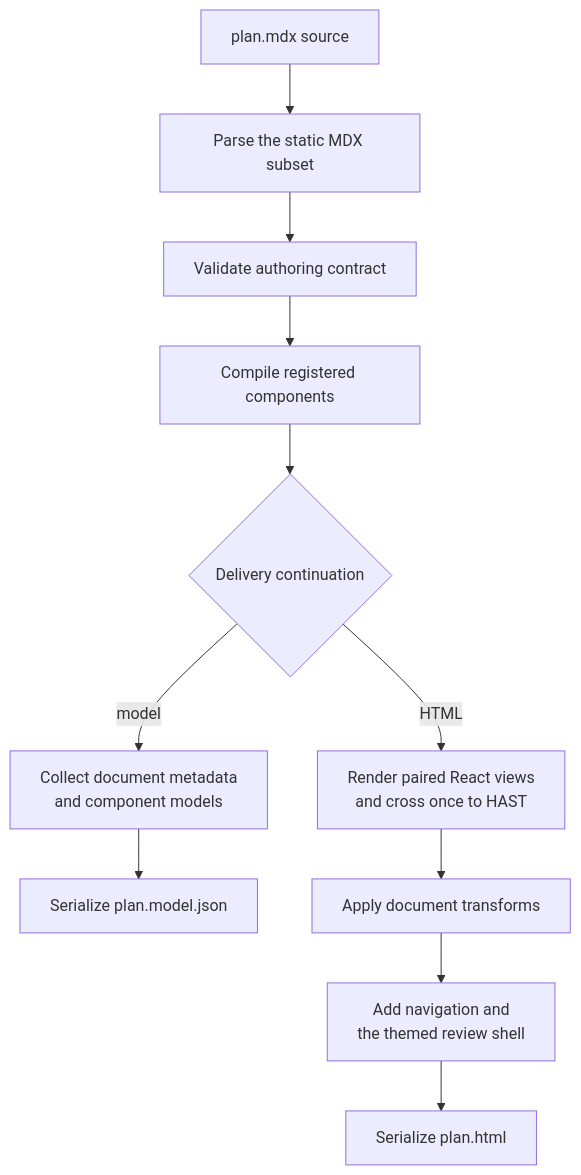
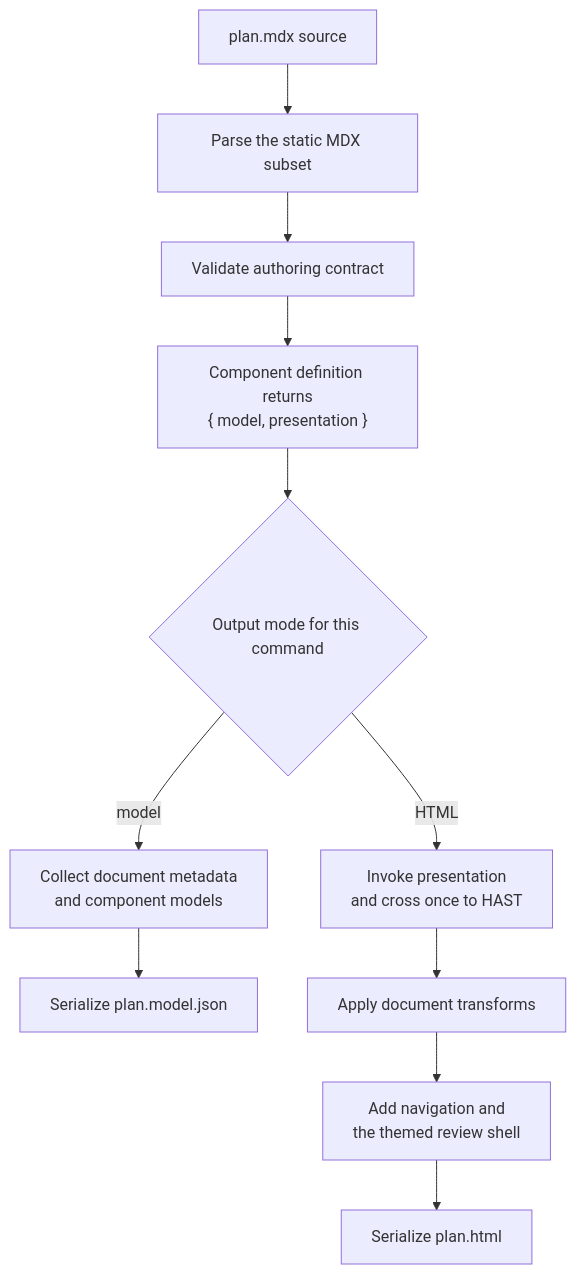
The second of 2 diagrams in docs/src/content/docs/architecture.md (josh-padnick/big-plan), drawn with Mermaid before and after one commit. The commit also changed other lines of this file, not shown here.

````diff
--- a/docs/src/content/docs/architecture.md
+++ b/docs/src/content/docs/architecture.md
@@ -34,13 +52,13 @@
 ```mermaid
 flowchart TB
   S["plan.mdx source"] --> P["Parse the static MDX subset"]
   P --> V["Validate authoring contract"]
-  V --> C["Compile registered components"]
-  C --> Q{"Delivery continuation"}
+  V --> C["Component definition returns<br/>{ model, presentation }"]
+  C --> Q{"Output mode for this command"}
   Q -- "model" --> J["Collect document metadata<br/>and component models"]
   J --> O["Serialize plan.model.json"]
-  Q -- "HTML" --> R["Render paired React views<br/>and cross once to HAST"]
+  Q -- "HTML" --> R["Invoke presentation<br/>and cross once to HAST"]
   R --> H["Apply document transforms"]
   H --> T["Add navigation and<br/>the themed review shell"]
   T --> U["Serialize plan.html"]
 ```
````
